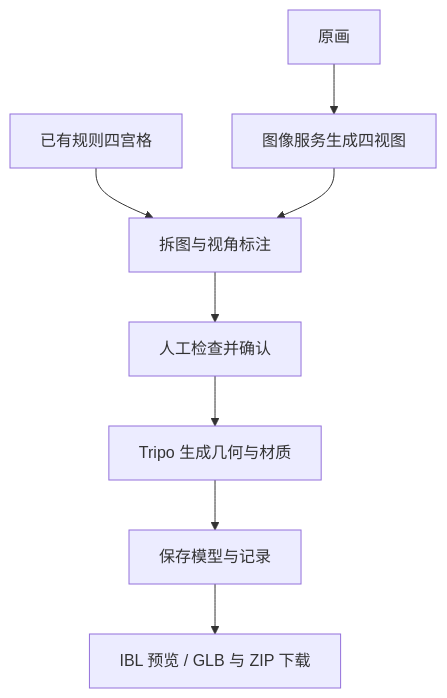
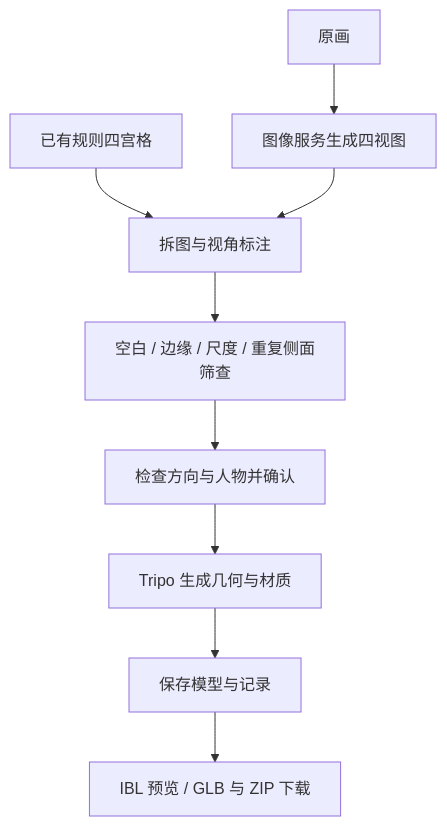
Before and after one commit to AnthennyGabriel/tripo_head_2Dg3D: the diagram in README.md, drawn with Mermaid. The commit also changed other lines of this file and 22 other files, not shown here.

````diff
--- a/README.md
+++ b/README.md
@@ -35,10 +35,11 @@
 ```mermaid
 flowchart TD
   A[原画] --> B[图像服务生成四视图]
   C[已有规则四宫格] --> D[拆图与视角标注]
   B --> D
-  D --> E[人工检查并确认]
+  D --> Q[空白 / 边缘 / 尺度 / 重复侧面筛查]
+  Q --> E[检查方向与人物并确认]
   E --> F[Tripo 生成几何与材质]
   F --> G[保存模型与记录]
   G --> H[IBL 预览 / GLB 与 ZIP 下载]
 ```
````
